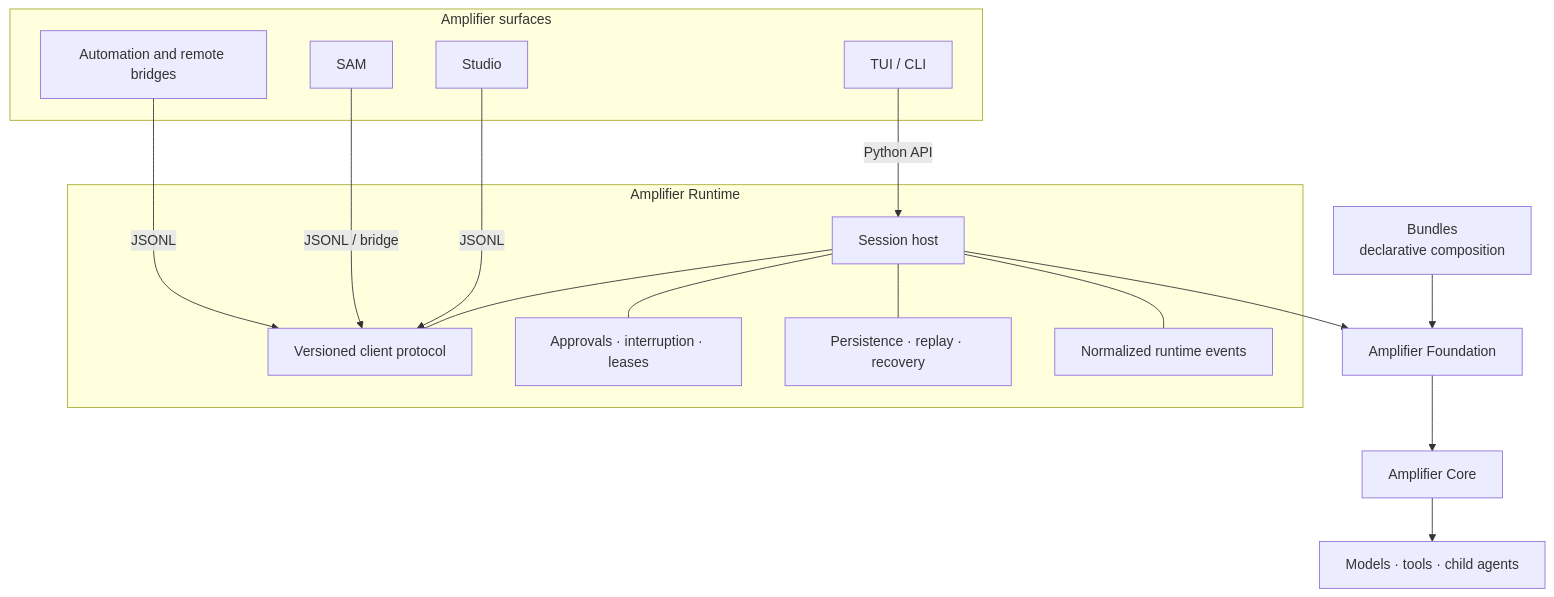
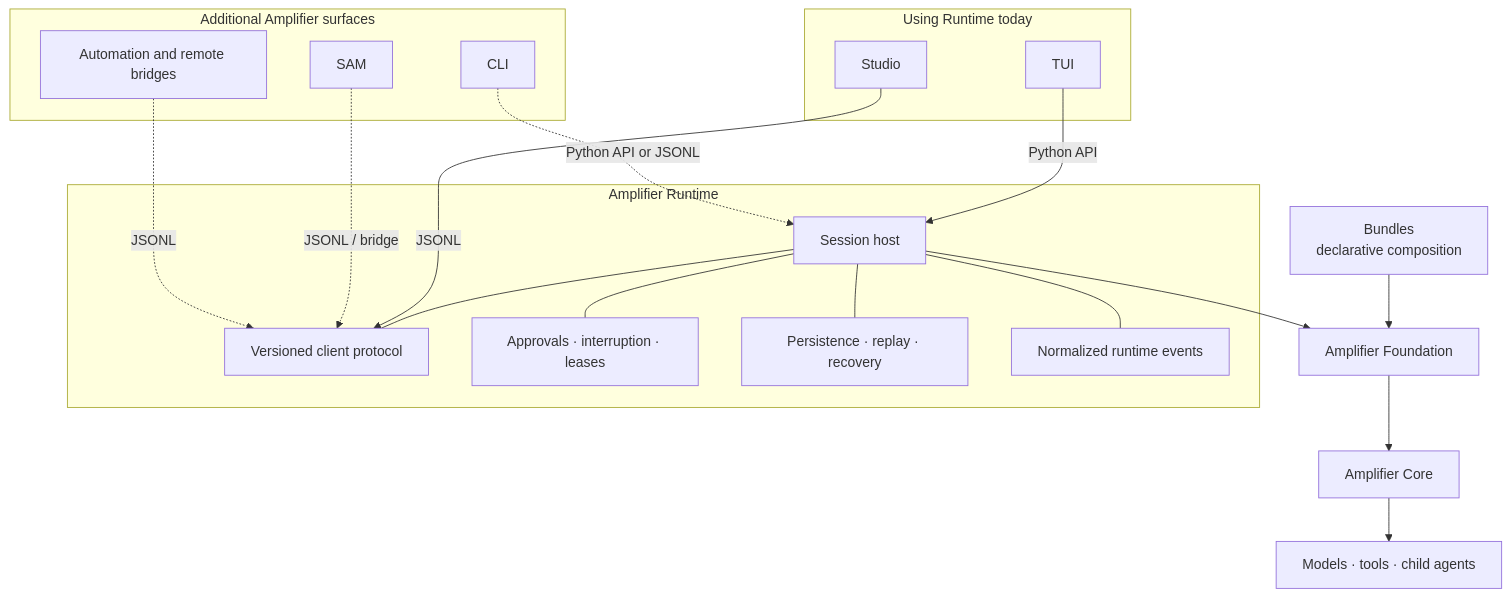
The first of 2 diagrams in README.md (michaeljabbour/amplifier-runtime), drawn with Mermaid before and after one commit. The commit also changed other lines of this file, not shown here.

Commit message:
Clarify current runtime adopters

````diff
--- a/README.md
+++ b/README.md
@@ -29,31 +29,36 @@
 ```mermaid
 flowchart TB
-    subgraph surfaces["Amplifier surfaces"]
+    subgraph active["Using Runtime today"]
         studio["Studio"]
+        terminal["TUI"]
+    end
+
+    subgraph adopters["Additional Amplifier surfaces"]
         sam["SAM"]
-        terminal["TUI / CLI"]
+        cli["CLI"]
         automation["Automation and remote bridges"]
     end
 
     subgraph runtime["Amplifier Runtime"]
         host["Session host"]
         protocol["Versioned client protocol"]
         control["Approvals · interruption · leases"]
         history["Persistence · replay · recovery"]
         events["Normalized runtime events"]
         host --- protocol
         host --- control
         host --- history
         host --- events
     end
 
     studio -->|"JSONL"| protocol
-    sam -->|"JSONL / bridge"| protocol
     terminal -->|"Python API"| host
-    automation -->|"JSONL"| protocol
+    sam -.->|"JSONL / bridge"| protocol
+    cli -.->|"Python API or JSONL"| host
+    automation -.->|"JSONL"| protocol
 
     host --> foundation["Amplifier Foundation"]
     bundles["Bundles<br/>declarative composition"] --> foundation
     foundation --> core["Amplifier Core"]
     core --> providers["Models · tools · child agents"]
 ```
````
